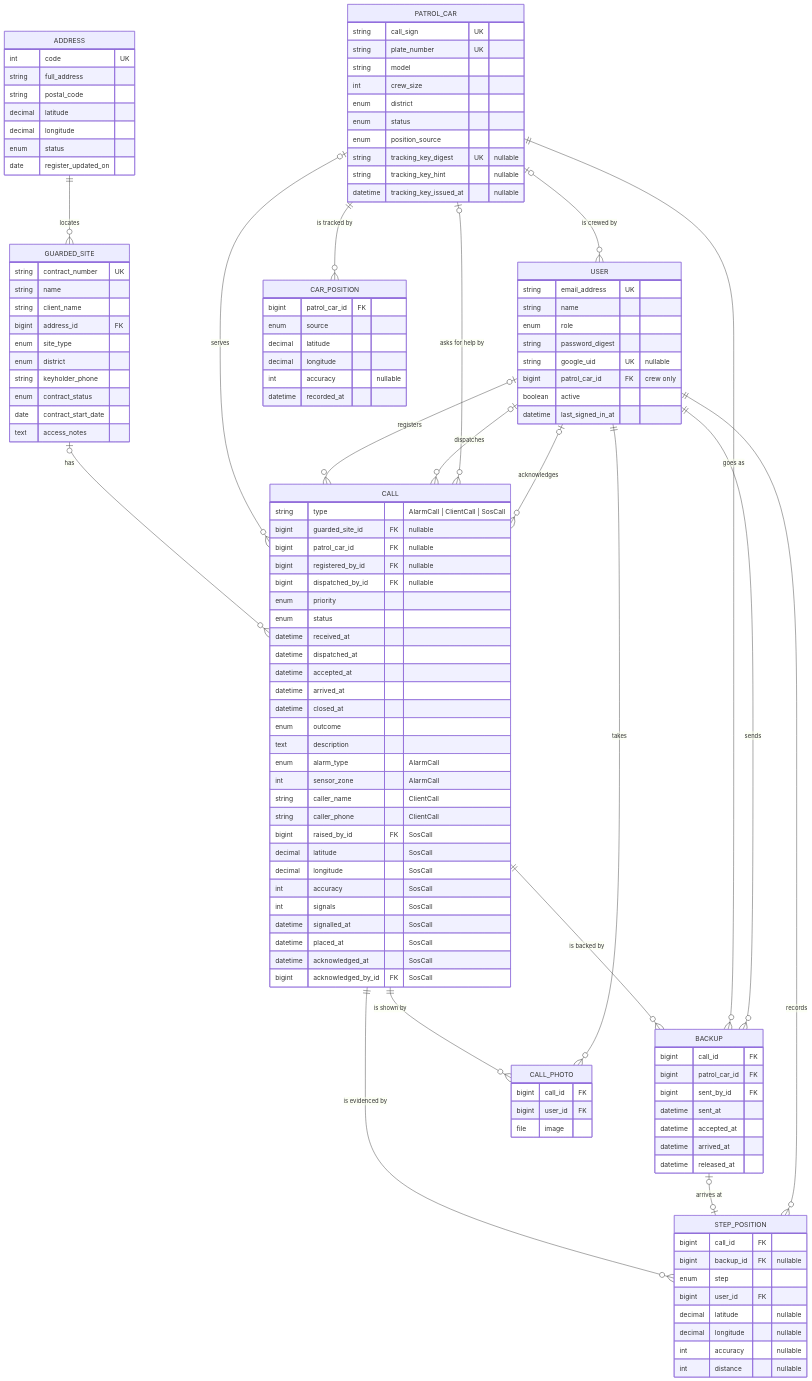
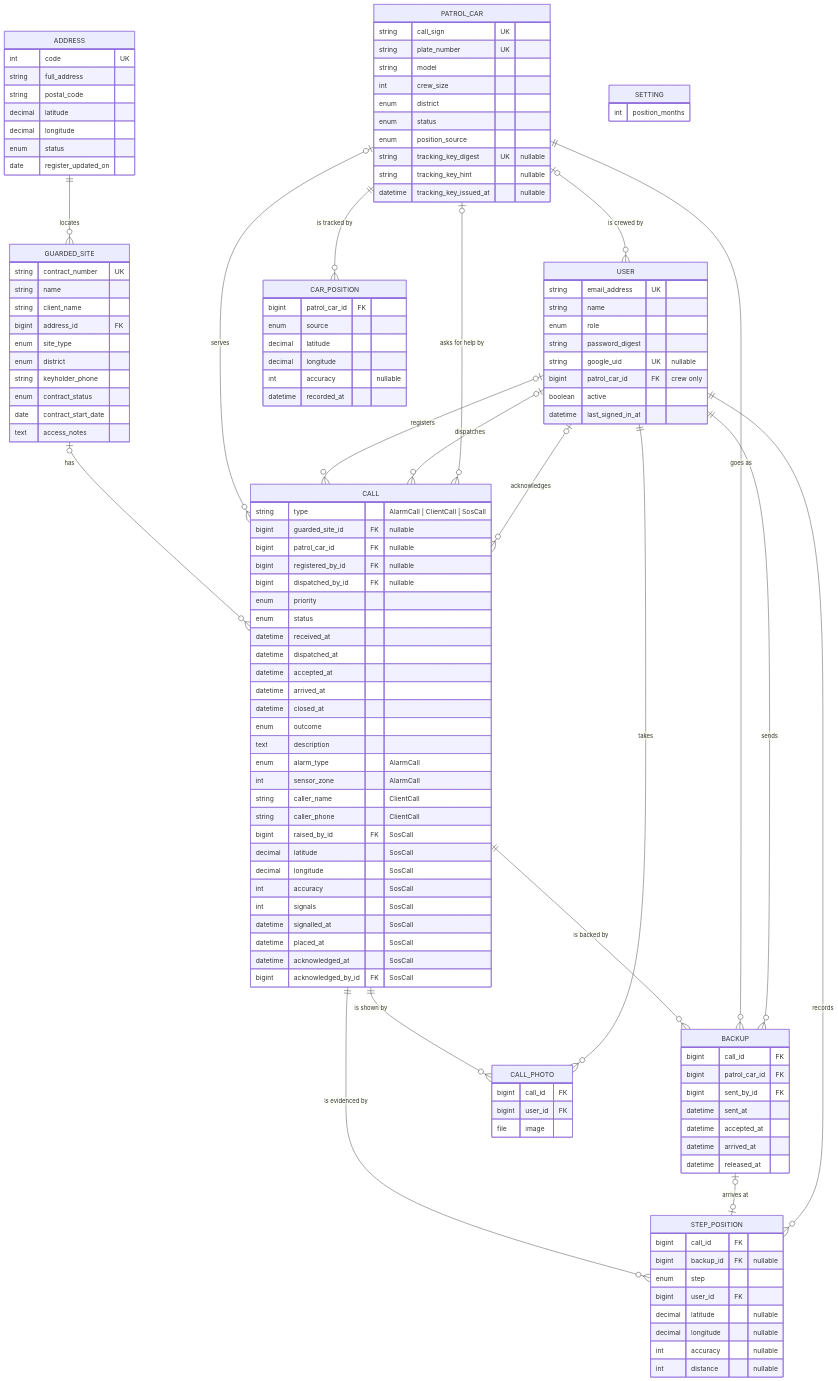
One commit to jromanovs/patrol-call-system changed the first of 2 diagrams in SPECIFICATION.md. Above: the diagram before and after it, drawn with Mermaid. The commit also changed other lines of this file, not shown here.

```diff
--- a/SPECIFICATION.md
+++ b/SPECIFICATION.md
@@ -310,6 +310,9 @@
         decimal longitude
         int accuracy "nullable"
         datetime recorded_at
+    }
+    SETTING {
+        int position_months
     }
     USER {
         string email_address UK
```
